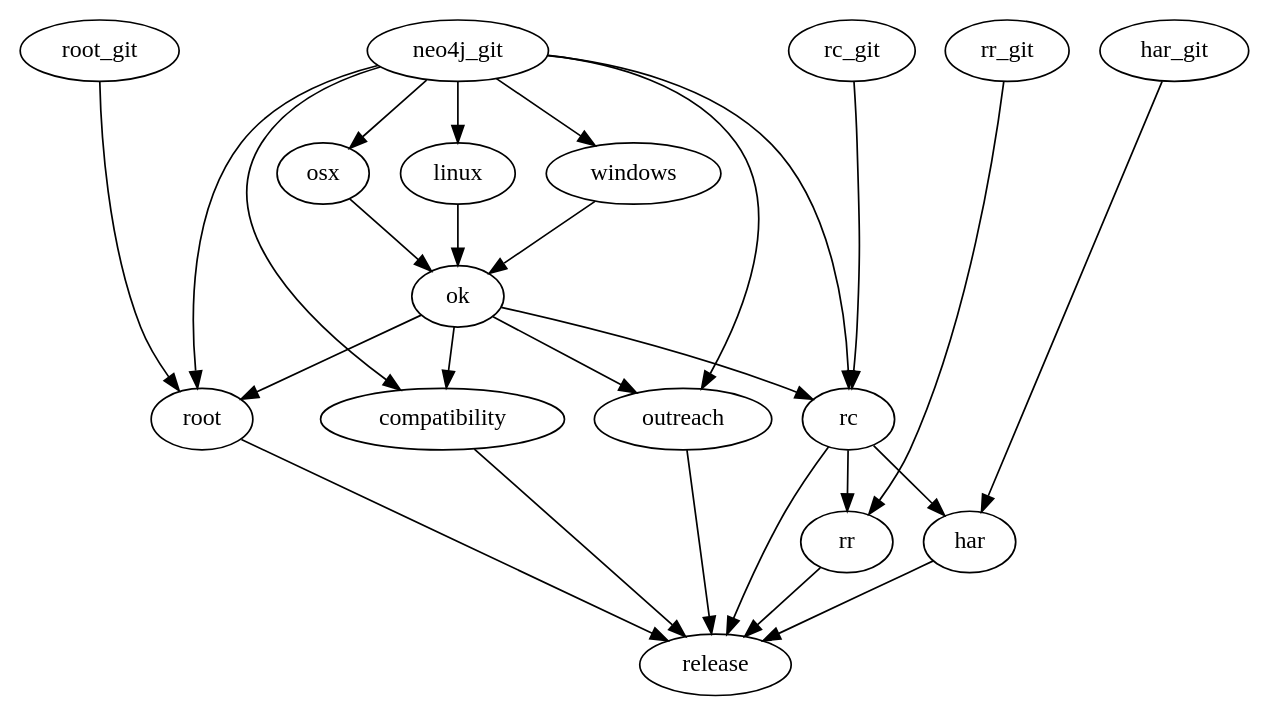
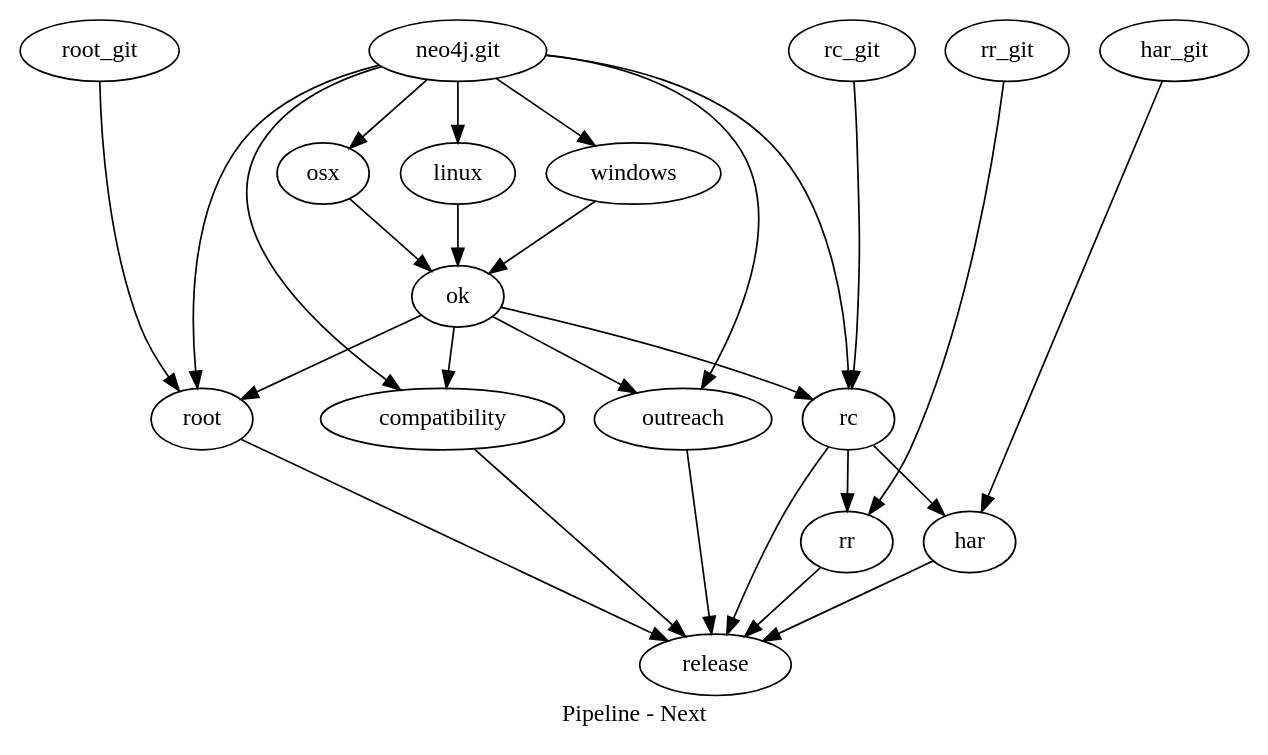
Before and after one commit to benbc/neo4j-misc: the diagram in pipeline-next.dot, drawn with Graphviz. The commit also changed 1 other file, not shown here.

```diff
--- a/pipeline-next.dot
+++ b/pipeline-next.dot
@@ -1,44 +1,45 @@
-digraph G {
+digraph PipelineNext {
+  label = "Pipeline - Next";
   subgraph {
     rank = "source";
-    neo4j_git;
+    neo4j_git [label="neo4j.git"];
     rc_git;
     har_git;
     rr_git;
     root_git;
   }
   subgraph {
     rank = "sink";
     release;
   }
   neo4j_git -> linux;
   neo4j_git -> windows;
   neo4j_git -> osx;
   neo4j_git -> outreach;
   neo4j_git -> compatibility;
   neo4j_git -> rc;
   rc_git -> rc;
   rr_git -> rr;
   har_git -> har;
   neo4j_git -> root;
   root_git -> root;
 
   linux -> ok;
   windows -> ok;
   osx -> ok;
   ok -> rc;
 
   rc -> release;
   rc -> har;
   rc -> rr;
 
   root -> release;
   outreach -> release;
   compatibility -> release;
   rr -> release;
   har -> release;
 
   ok -> outreach;
   ok -> compatibility;
   ok -> root;  
 }
```
